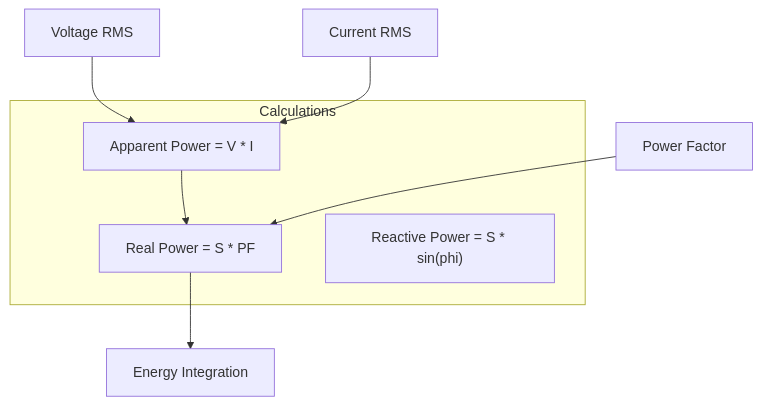
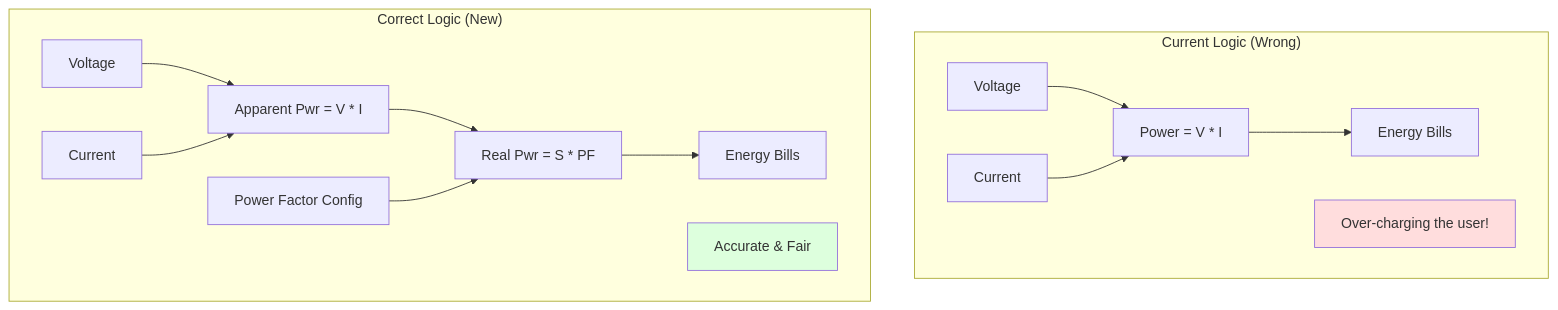
One commit to Gestell-Solution/Smart_Energy_Management_System changed the diagram in Doc/Embedded/New/06_ImplementationDoc/Bugs/FixTasks/Task03_Add_Power_Factor.md. Above: the diagram before and after it, drawn with Mermaid. The commit also changed other lines of this file and 9 other files, not shown here.

Commit message:
Docs: Enhance FixTasks with detailed metadata, visual diagrams, and implementation plans

````diff
--- a/Doc/Embedded/New/06_ImplementationDoc/Bugs/FixTasks/Task03_Add_Power_Factor.md
+++ b/Doc/Embedded/New/06_ImplementationDoc/Bugs/FixTasks/Task03_Add_Power_Factor.md
@@ -47,17 +64,31 @@
 ```mermaid
 graph TD
-    V[Voltage RMS]
-    I[Current RMS]
-    PF[Power Factor]
+    subgraph "Current Logic (Wrong)"
+        V1[Voltage]
+        I1[Current]
+        S1["Power = V * I"]
+        E1[Energy Bills]
 
-    subgraph "Calculations"
-        S["Apparent Power = V * I"]
-        P["Real Power = S * PF"]
-        Q["Reactive Power = S * sin(phi)"]
+        V1 & I1 --> S1
+        S1 --> E1
+        Note1[Over-charging the user!]
     end
 
-    V & I --> S
-    S & PF --> P
+    subgraph "Correct Logic (New)"
+        V2[Voltage]
+        I2[Current]
+        PF[Power Factor Config]
 
-    P --> Energy[Energy Integration]
+        S2[Apparent Pwr = V * I]
+        P2[Real Pwr = S * PF]
+        E2[Energy Bills]
+
+        V2 & I2 --> S2
+        S2 & PF --> P2
+        P2 --> E2
+        Note2[Accurate & Fair]
+    end
+
+    style Note1 fill:#ffdddd
+    style Note2 fill:#ddffdd
 ```
````
